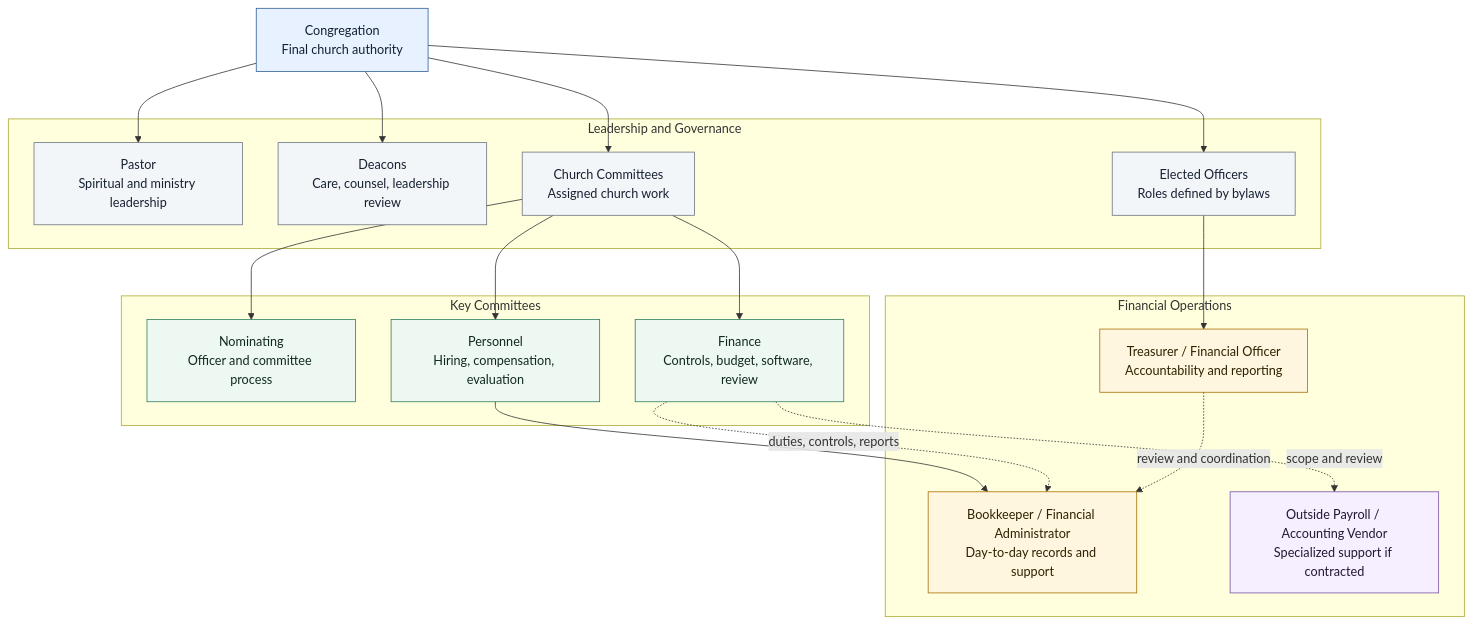
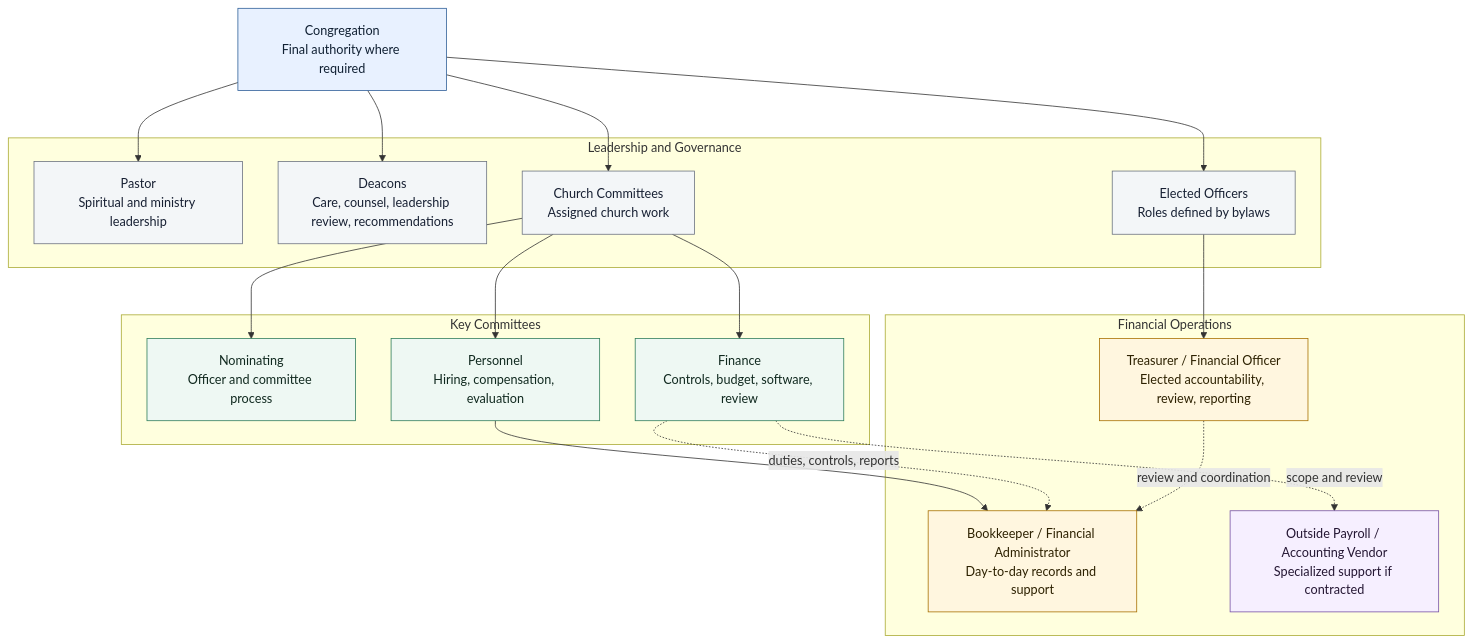
One commit to coryd3/kbc-financial-operations changed the first of 2 diagrams in docs/governance/church-organization-chart.md. Above: the diagram before and after it, drawn with Mermaid. The commit also changed other lines of this file and 173 other files, not shown here.

````diff
--- a/docs/governance/church-organization-chart.md
+++ b/docs/governance/church-organization-chart.md
@@ -21,48 +24,48 @@
 ```mermaid
 %%{init: {"flowchart": {"curve": "basis", "nodeSpacing": 45, "rankSpacing": 60, "padding": 16}}}%%
 flowchart TD
-    Congregation["Congregation<br/>Final church authority"]
+    Congregation["Congregation<br/>Final authority where required"]
 
     subgraph Leadership [Leadership and Governance]
         Pastor["Pastor<br/>Spiritual and ministry leadership"]
-        Deacons["Deacons<br/>Care, counsel, leadership review"]
+        Deacons["Deacons<br/>Care, counsel, leadership review, recommendations"]
         Officers["Elected Officers<br/>Roles defined by bylaws"]
         Committees["Church Committees<br/>Assigned church work"]
     end
 
     subgraph CommitteesGroup [Key Committees]
         Nominating["Nominating<br/>Officer and committee process"]
         Finance["Finance<br/>Controls, budget, software, review"]
         Personnel["Personnel<br/>Hiring, compensation, evaluation"]
     end
 
     subgraph FinanceOps [Financial Operations]
-        Treasurer["Treasurer / Financial Officer<br/>Accountability and reporting"]
+        Treasurer["Treasurer / Financial Officer<br/>Elected accountability, review, reporting"]
         Bookkeeper["Bookkeeper / Financial Administrator<br/>Day-to-day records and support"]
         Vendor["Outside Payroll / Accounting Vendor<br/>Specialized support if contracted"]
     end
 
     Congregation --> Pastor
     Congregation --> Deacons
     Congregation --> Officers
     Congregation --> Committees
     Committees --> Nominating
     Committees --> Finance
     Committees --> Personnel
     Officers --> Treasurer
     Personnel --> Bookkeeper
     Finance -. duties, controls, reports .-> Bookkeeper
     Treasurer -. review and coordination .-> Bookkeeper
     Finance -. scope and review .-> Vendor
 
     classDef authority fill:#e8f1ff,stroke:#2f5f98,color:#102033,stroke-width:1px;
     classDef leadership fill:#f3f6f8,stroke:#6b7280,color:#172033,stroke-width:1px;
     classDef committee fill:#eef8f3,stroke:#2f7d5b,color:#10291f,stroke-width:1px;
     classDef operations fill:#fff6df,stroke:#a76f00,color:#2d2100,stroke-width:1px;
     classDef vendor fill:#f6efff,stroke:#7551a6,color:#241633,stroke-width:1px;
     class Congregation authority;
     class Pastor,Deacons,Officers,Committees leadership;
     class Nominating,Finance,Personnel committee;
     class Treasurer,Bookkeeper operations;
     class Vendor vendor;
 ```
````
